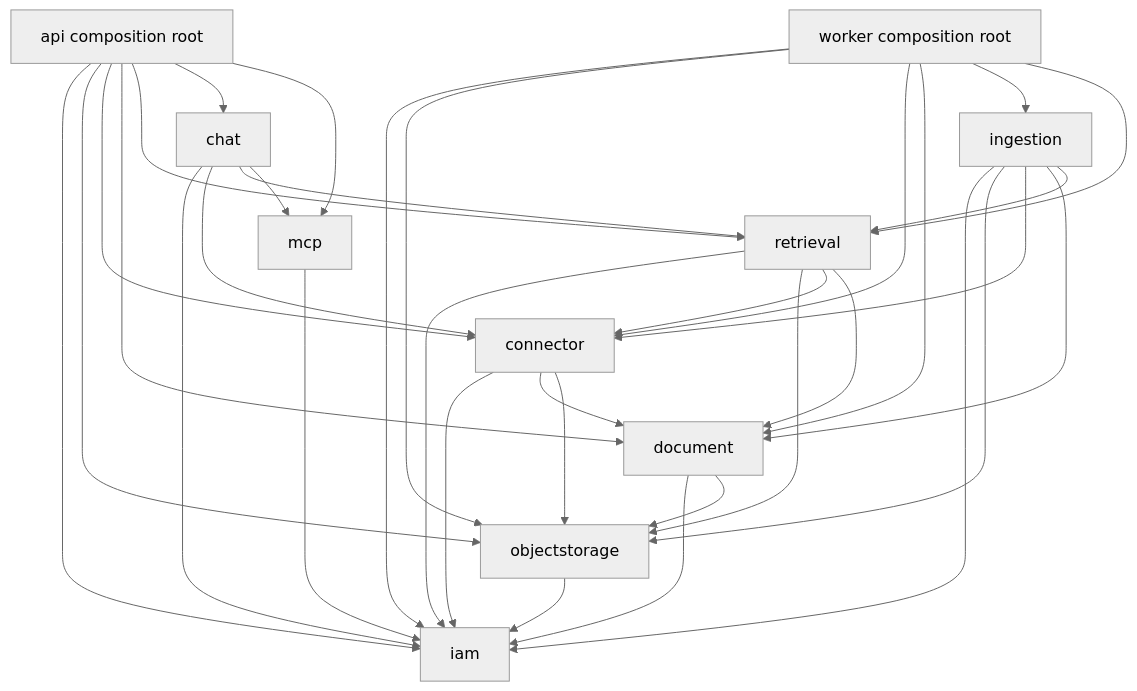
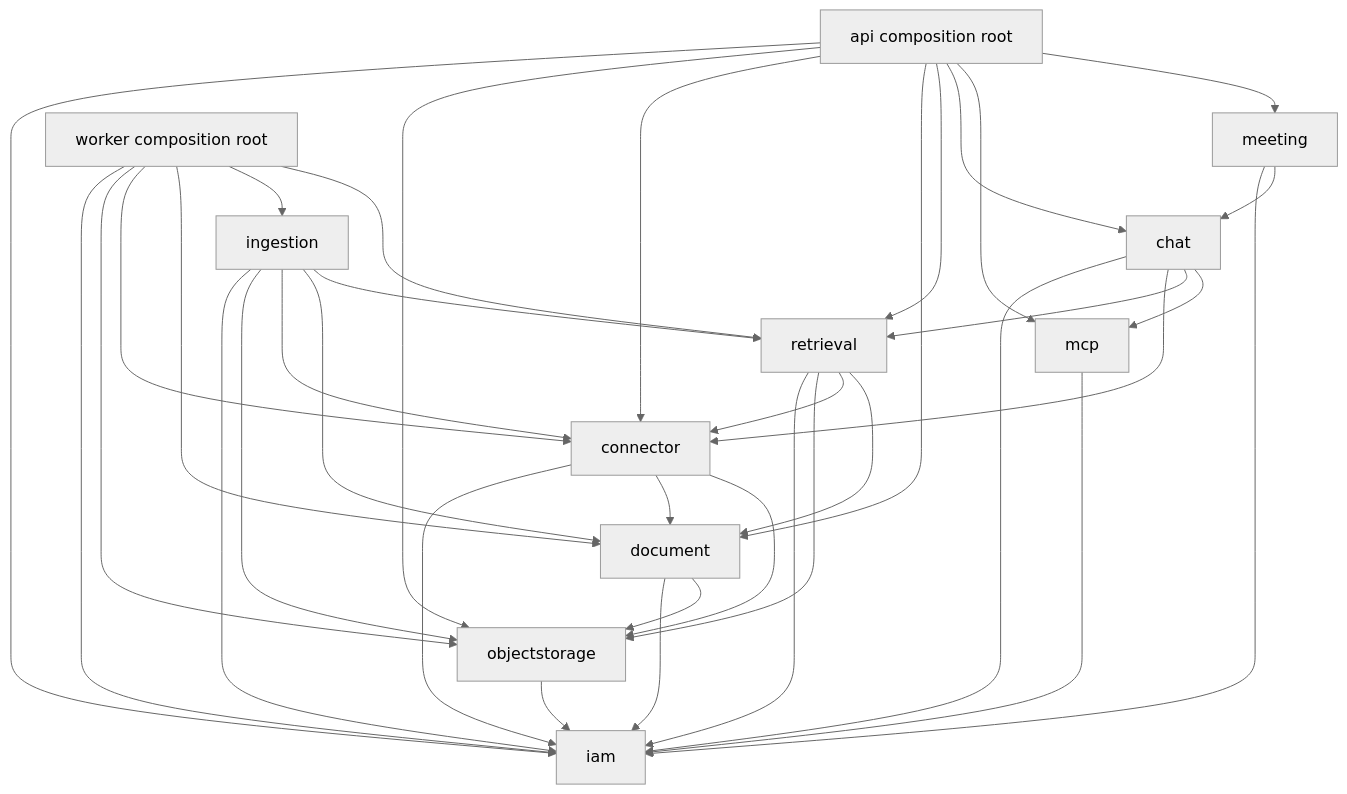
Before and after one commit to kl3inIT/MemoryOS: the second of 6 diagrams in ARCHITECTURE.md, drawn with Mermaid (neutral theme). The commit also changed other lines of this file and 4 other files, not shown here.

First line of the commit message:
docs(meeting): record the minutes flow and give it its own scheduler

````diff
--- a/ARCHITECTURE.md
+++ b/ARCHITECTURE.md
@@ -48,46 +48,50 @@
 ```mermaid
 flowchart TB
     IAM[iam]
     OBJ[objectstorage]
     CON[connector]
     DOC[document]
     ING[ingestion]
     RET[retrieval]
     CHAT[chat]
     MCP[mcp]
+    MEET[meeting]
 
     MCP --> IAM
     OBJ --> IAM
     DOC --> IAM
     DOC --> OBJ
     CON --> IAM
     CON --> DOC
     CON --> OBJ
     ING --> IAM
     ING --> OBJ
     ING --> CON
     ING --> DOC
     ING --> RET
     RET --> IAM
     RET --> OBJ
     RET --> CON
     RET --> DOC
     CHAT --> IAM
     CHAT --> CON
     CHAT --> RET
     CHAT --> MCP
+    MEET --> IAM
+    MEET --> CHAT
 
     API[api composition root] --> IAM
     API --> OBJ
     API --> CON
     API --> DOC
     API --> RET
     API --> CHAT
     API --> MCP
+    API --> MEET
     WORKER[worker composition root] --> IAM
     WORKER --> OBJ
     WORKER --> CON
     WORKER --> DOC
     WORKER --> ING
     WORKER --> RET
 ```
````
